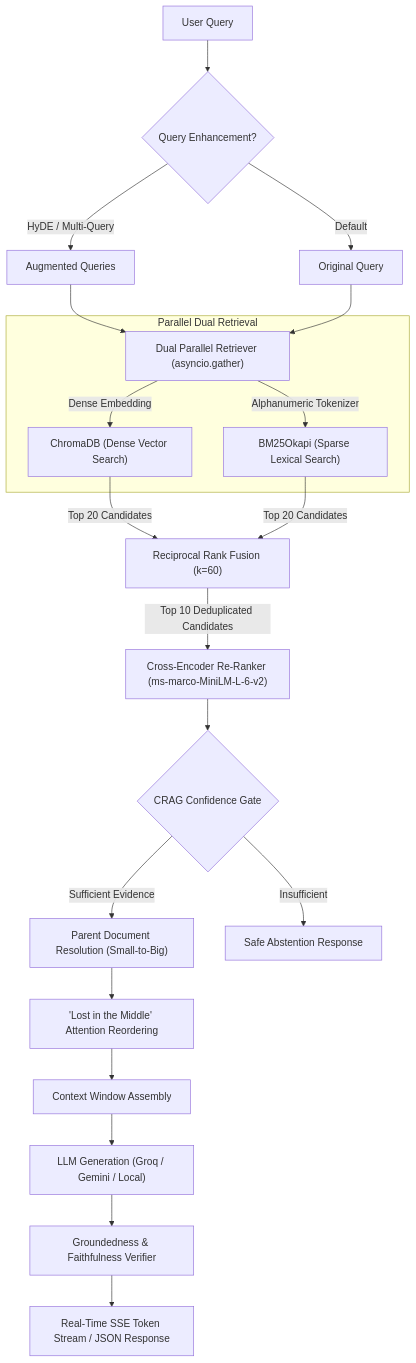
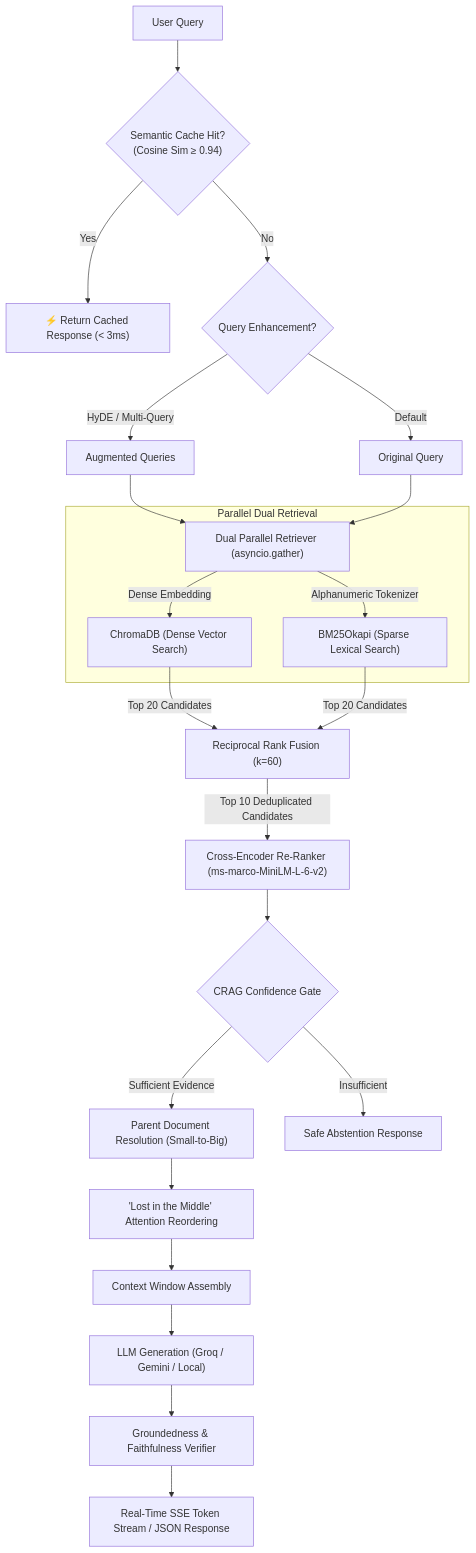
One commit to MohdArshad-cell/FusionRAG changed the diagram in README.md. Above: the diagram before and after it, drawn with Mermaid. The commit also changed other lines of this file and 4 other files, not shown here.

````diff
--- a/README.md
+++ b/README.md
@@ -47,27 +38,30 @@
 ```mermaid
 flowchart TD
-    UserQuery["User Query"] --> Enhancement{"Query Enhancement?"}
+    UserQuery["User Query"] --> CacheCheck{"Semantic Cache Hit?<br>(Cosine Sim ≥ 0.94)"}
+    CacheCheck -->|Yes| InstantReturn["⚡ Return Cached Response (< 3ms)"]
+    CacheCheck -->|No| Enhancement{"Query Enhancement?"}
+
     Enhancement -->|HyDE / Multi-Query| EnhancedQueries["Augmented Queries"]
     Enhancement -->|Default| SingleQuery["Original Query"]
 
     EnhancedQueries --> ParallelRetriever["Dual Parallel Retriever (asyncio.gather)"]
     SingleQuery --> ParallelRetriever
 
     subgraph Parallel Dual Retrieval
         ParallelRetriever -->|Dense Embedding| Chroma["ChromaDB (Dense Vector Search)"]
         ParallelRetriever -->|Alphanumeric Tokenizer| BM25["BM25Okapi (Sparse Lexical Search)"]
     end
 
     Chroma -->|Top 20 Candidates| RRF["Reciprocal Rank Fusion (k=60)"]
     BM25 -->|Top 20 Candidates| RRF
 
     RRF -->|Top 10 Deduplicated Candidates| CrossEncoder["Cross-Encoder Re-Ranker (ms-marco-MiniLM-L-6-v2)"]
     CrossEncoder --> CRAG{"CRAG Confidence Gate"}
     CRAG -->|Sufficient Evidence| ParentDoc["Parent Document Resolution (Small-to-Big)"]
     CRAG -->|Insufficient| Abstain["Safe Abstention Response"]
     ParentDoc --> LostInMiddle["'Lost in the Middle' Attention Reordering"]
     LostInMiddle --> PromptContext["Context Window Assembly"]
     PromptContext --> LLM["LLM Generation (Groq / Gemini / Local)"]
     LLM --> Guardrail["Groundedness & Faithfulness Verifier"]
     Guardrail --> StreamOut["Real-Time SSE Token Stream / JSON Response"]
 ```
````
